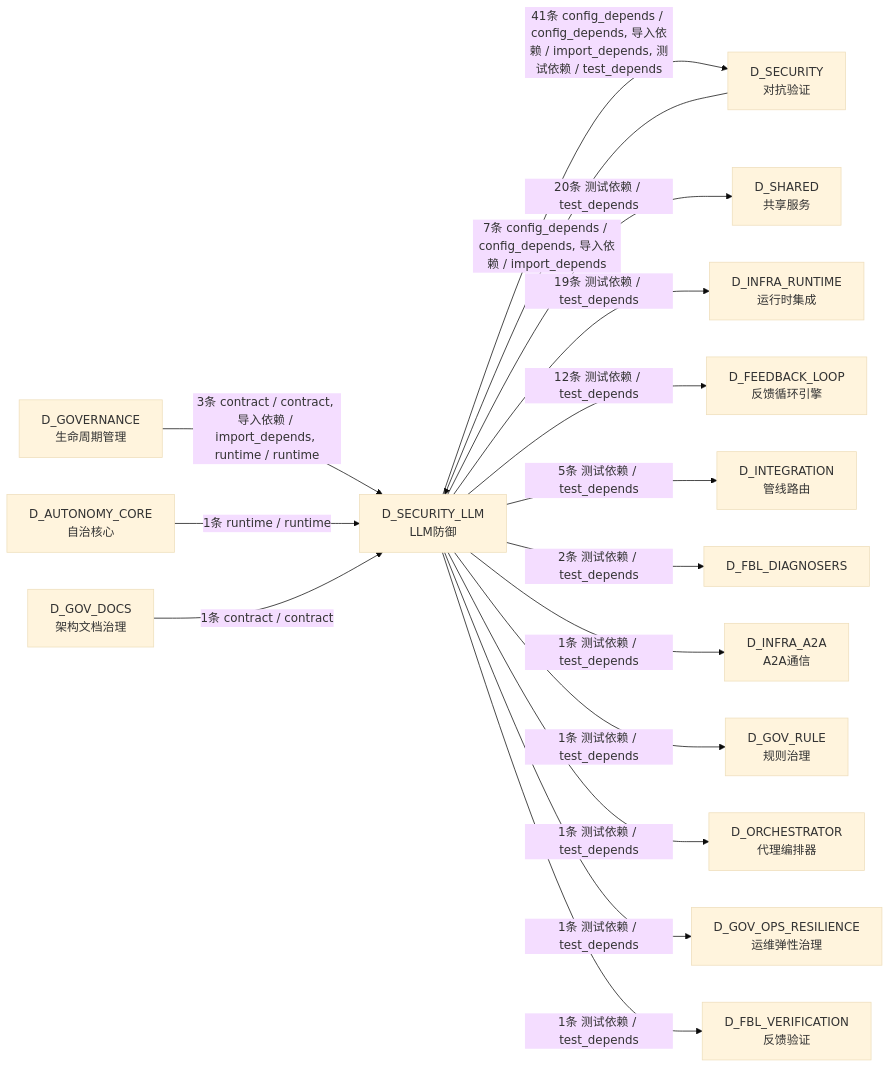
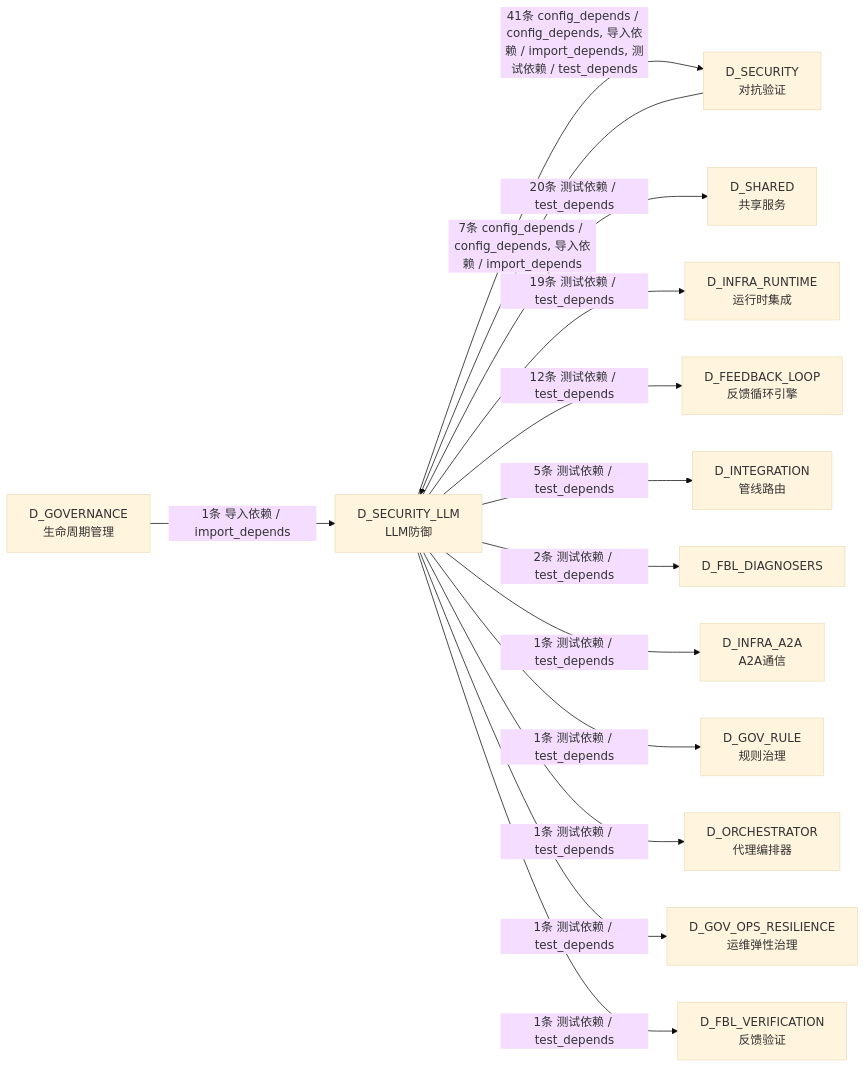
The sixth of 6 diagrams in docs/02_enterprise_architecture/02_domain_architecture_docs/25_d_security_llm.md (xuanFelixVan/ZephyrAlpha), drawn with Mermaid (base theme) before and after one commit. The commit also changed other lines of this file and 126 other files, not shown here.

````diff
--- a/docs/02_enterprise_architecture/02_domain_architecture_docs/25_d_security_llm.md
+++ b/docs/02_enterprise_architecture/02_domain_architecture_docs/25_d_security_llm.md
@@ -570,33 +552,29 @@
 ```mermaid
 graph LR
     D_SECURITY_LLM["D_SECURITY_LLM<br/>LLM防御"]
     D_SECURITY["D_SECURITY<br/>对抗验证"]
     D_SHARED["D_SHARED<br/>共享服务"]
     D_INFRA_RUNTIME["D_INFRA_RUNTIME<br/>运行时集成"]
     D_FEEDBACK_LOOP["D_FEEDBACK_LOOP<br/>反馈循环引擎"]
     D_INTEGRATION["D_INTEGRATION<br/>管线路由"]
     D_FBL_DIAGNOSERS["D_FBL_DIAGNOSERS"]
     D_INFRA_A2A["D_INFRA_A2A<br/>A2A通信"]
     D_GOV_RULE["D_GOV_RULE<br/>规则治理"]
     D_ORCHESTRATOR["D_ORCHESTRATOR<br/>代理编排器"]
     D_GOV_OPS_RESILIENCE["D_GOV_OPS_RESILIENCE<br/>运维弹性治理"]
     D_FBL_VERIFICATION["D_FBL_VERIFICATION<br/>反馈验证"]
     D_GOVERNANCE["D_GOVERNANCE<br/>生命周期管理"]
-    D_AUTONOMY_CORE["D_AUTONOMY_CORE<br/>自治核心"]
-    D_GOV_DOCS["D_GOV_DOCS<br/>架构文档治理"]
     D_SECURITY_LLM -->|41条 config_depends / config_depends, 导入依赖 / import_depends, 测试依赖 / test_depends| D_SECURITY
     D_SECURITY_LLM -->|20条 测试依赖 / test_depends| D_SHARED
     D_SECURITY_LLM -->|19条 测试依赖 / test_depends| D_INFRA_RUNTIME
     D_SECURITY_LLM -->|12条 测试依赖 / test_depends| D_FEEDBACK_LOOP
     D_SECURITY_LLM -->|5条 测试依赖 / test_depends| D_INTEGRATION
     D_SECURITY_LLM -->|2条 测试依赖 / test_depends| D_FBL_DIAGNOSERS
     D_SECURITY_LLM -->|1条 测试依赖 / test_depends| D_INFRA_A2A
     D_SECURITY_LLM -->|1条 测试依赖 / test_depends| D_GOV_RULE
     D_SECURITY_LLM -->|1条 测试依赖 / test_depends| D_ORCHESTRATOR
     D_SECURITY_LLM -->|1条 测试依赖 / test_depends| D_GOV_OPS_RESILIENCE
     D_SECURITY_LLM -->|1条 测试依赖 / test_depends| D_FBL_VERIFICATION
     D_SECURITY -->|7条 config_depends / config_depends, 导入依赖 / import_depends| D_SECURITY_LLM
-    D_GOVERNANCE -->|3条 contract / contract, 导入依赖 / import_depends, runtime / runtime| D_SECURITY_LLM
-    D_AUTONOMY_CORE -->|1条 runtime / runtime| D_SECURITY_LLM
-    D_GOV_DOCS -->|1条 contract / contract| D_SECURITY_LLM
+    D_GOVERNANCE -->|1条 导入依赖 / import_depends| D_SECURITY_LLM
 ```
````
